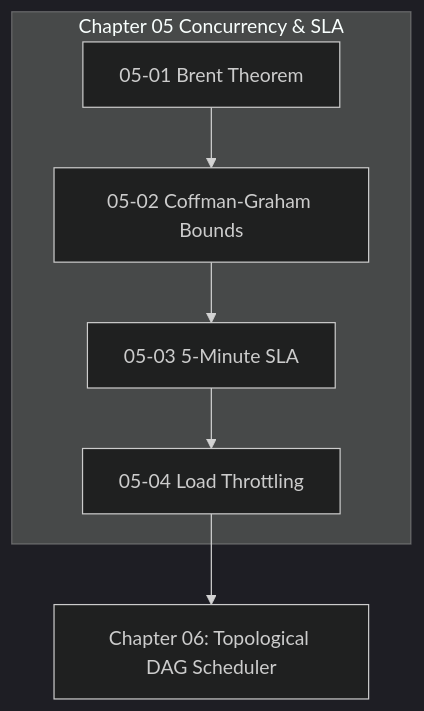
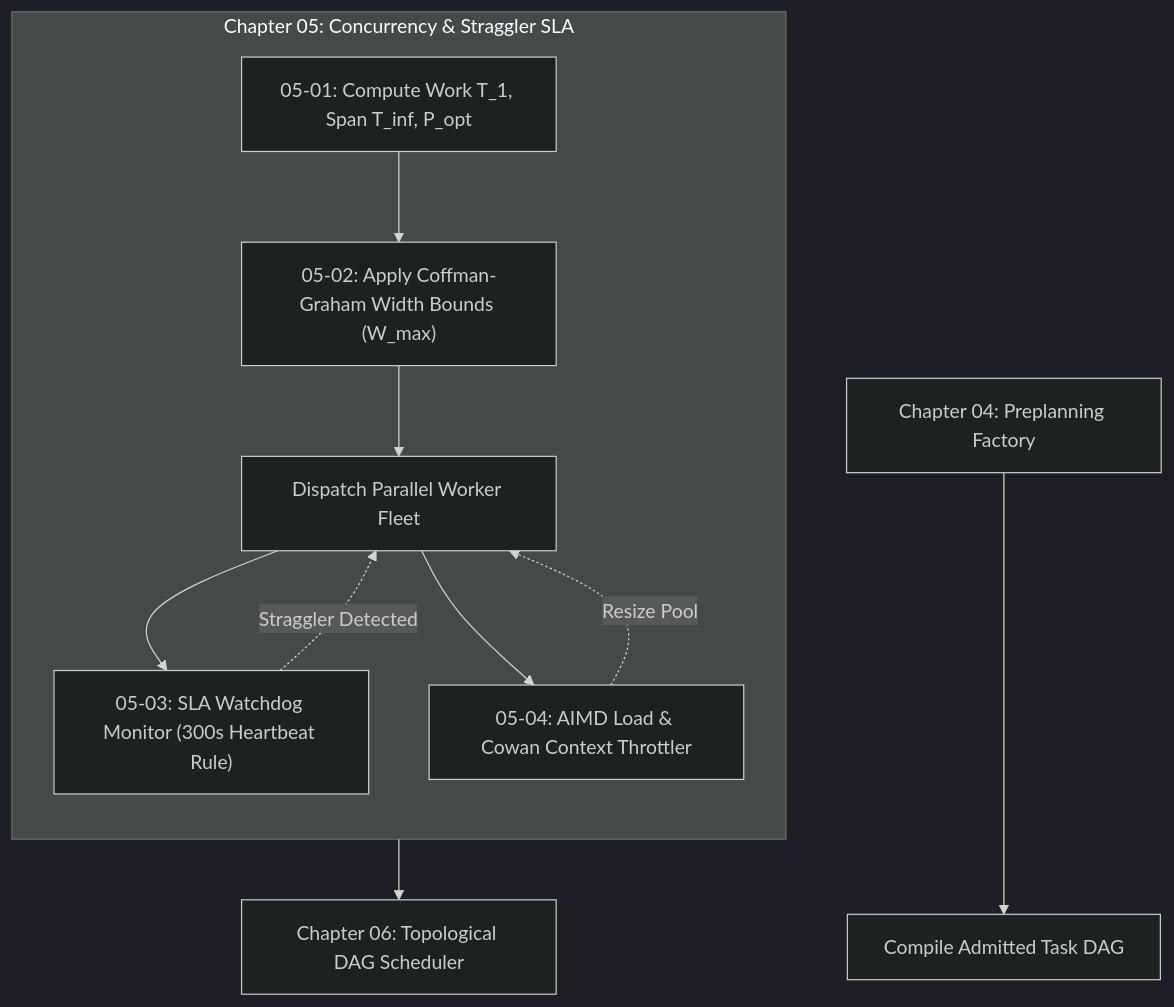
The diagram in docs/olt/architecture/05-concurrency-straggler-sla/index.md (onurseckin/skills), drawn with Mermaid (dark theme) before and after one commit. The commit also changed other lines of this file and 163 other files, not shown here.

````diff
--- a/docs/olt/architecture/05-concurrency-straggler-sla/index.md
+++ b/docs/olt/architecture/05-concurrency-straggler-sla/index.md
@@ -78,9 +90,22 @@
 ```mermaid
-graph TD
-    subgraph "Chapter 05 Concurrency & SLA"
-        A[05-01 Brent Theorem] --> B[05-02 Coffman-Graham Bounds]
-        B --> C[05-03 5-Minute SLA]
-        C --> D[05-04 Load Throttling]
+flowchart TD
+    Preplanning["Chapter 04: Preplanning Factory"] --> CompileDAG["Compile Admitted Task DAG"]
+
+    subgraph Ch05["Chapter 05: Concurrency & Straggler SLA"]
+        direction TB
+        CalcBrent["05-01: Compute Work T_1, Span T_inf, P_opt"]
+        PackWidth["05-02: Apply Coffman-Graham Width Bounds (W_max)"]
+        DispatchWorkers["Dispatch Parallel Worker Fleet"]
+        Watchdog["05-03: SLA Watchdog Monitor (300s Heartbeat Rule)"]
+        Throttler["05-04: AIMD Load & Cowan Context Throttler"]
+
+        CalcBrent --> PackWidth
+        PackWidth --> DispatchWorkers
+        DispatchWorkers --> Watchdog
+        DispatchWorkers --> Throttler
+        Watchdog -.->|Straggler Detected| DispatchWorkers
+        Throttler -.->|Resize Pool| DispatchWorkers
     end
-    D --> E["Chapter 06: Topological DAG Scheduler"]
+
+    Ch05 --> TopoExec["Chapter 06: Topological DAG Scheduler"]
 ```
````
